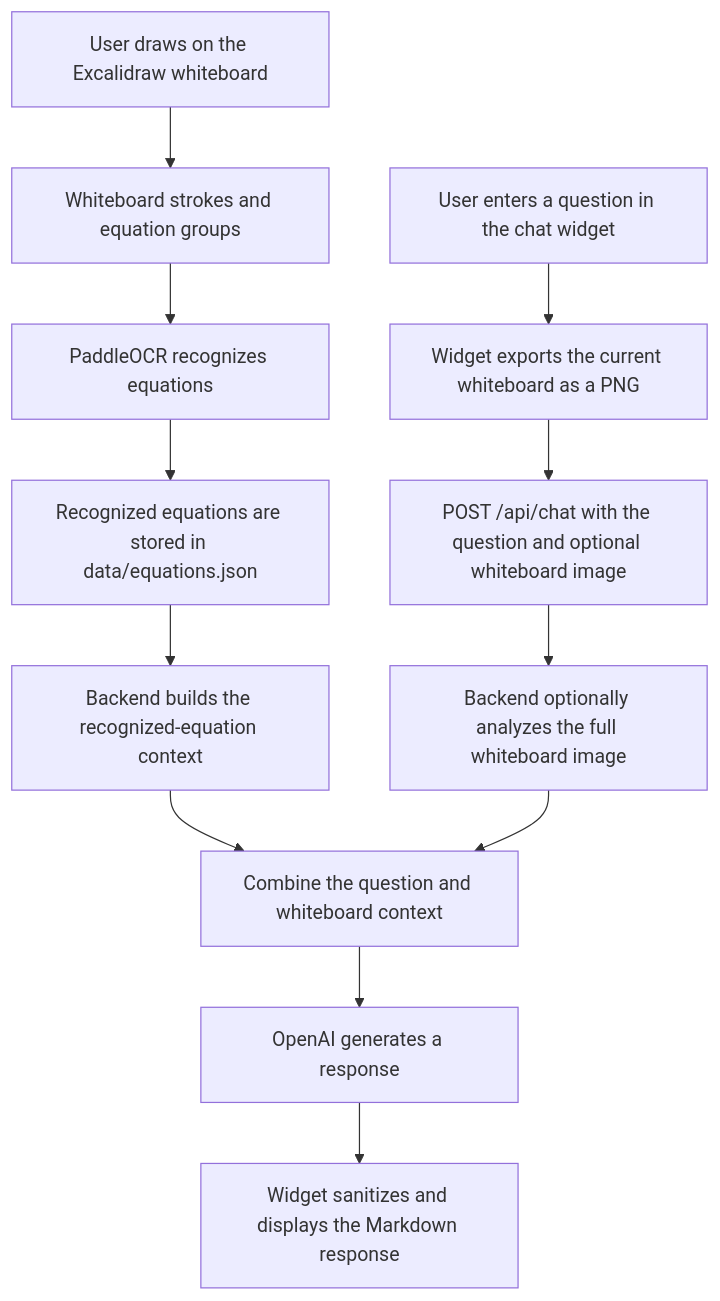
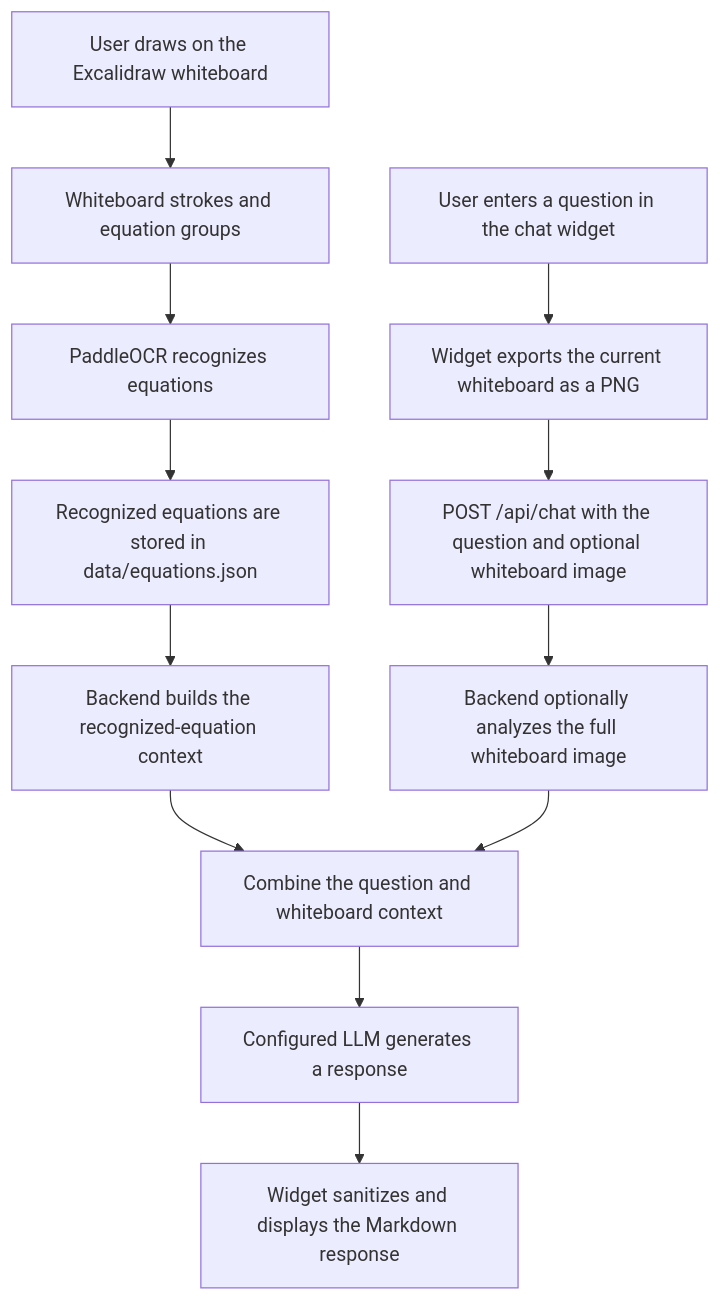
Before and after one commit to Rickie2k6/Advanced_Excalidraw: the diagram in README.md, drawn with Mermaid. The commit also changed other lines of this file and 38 other files, not shown here.

````diff
--- a/README.md
+++ b/README.md
@@ -14,14 +14,14 @@
 ```mermaid
 flowchart TD
     A[User draws on the Excalidraw whiteboard] --> B[Whiteboard strokes and equation groups]
     B --> C[PaddleOCR recognizes equations]
     C --> D[Recognized equations are stored in data/equations.json]
     E[User enters a question in the chat widget] --> F[Widget exports the current whiteboard as a PNG]
     F --> G[POST /api/chat with the question and optional whiteboard image]
     D --> H[Backend builds the recognized-equation context]
     G --> I[Backend optionally analyzes the full whiteboard image]
     H --> J[Combine the question and whiteboard context]
     I --> J
-    J --> K[OpenAI generates a response]
+    J --> K[Configured LLM generates a response]
     K --> L[Widget sanitizes and displays the Markdown response]
 ```
````
